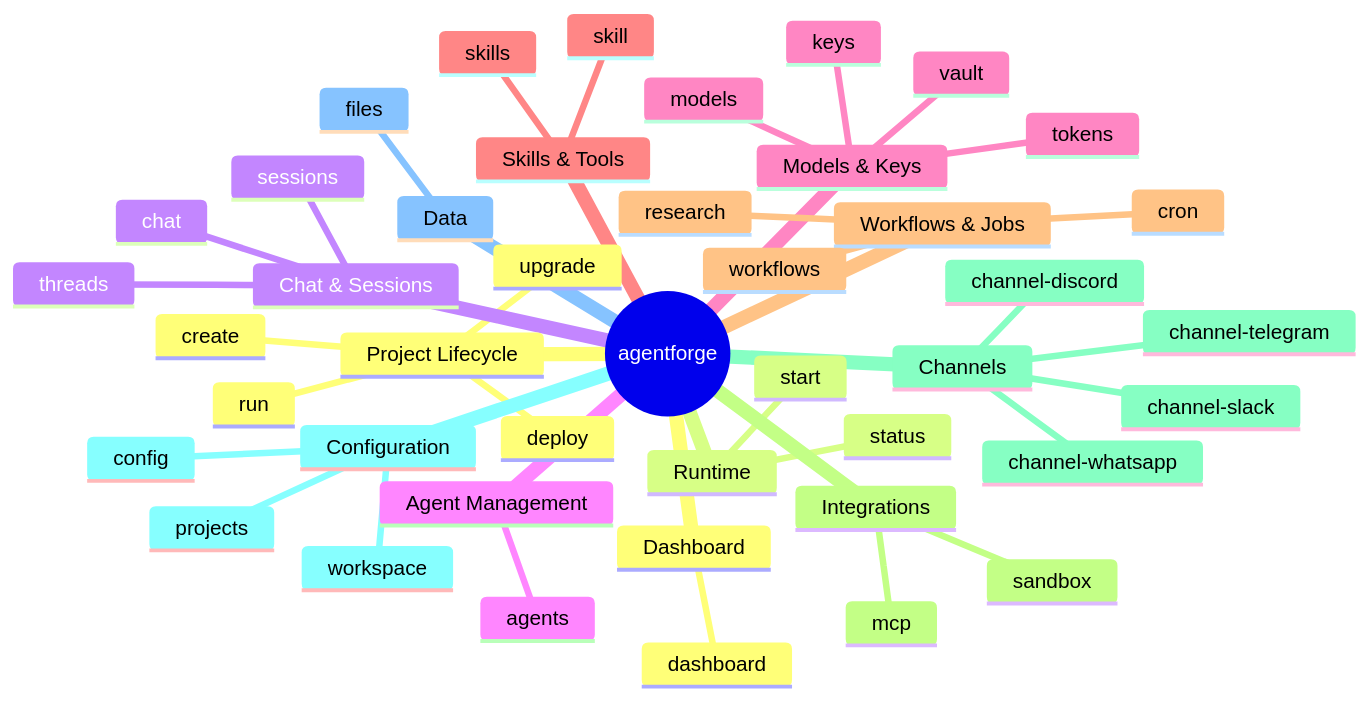
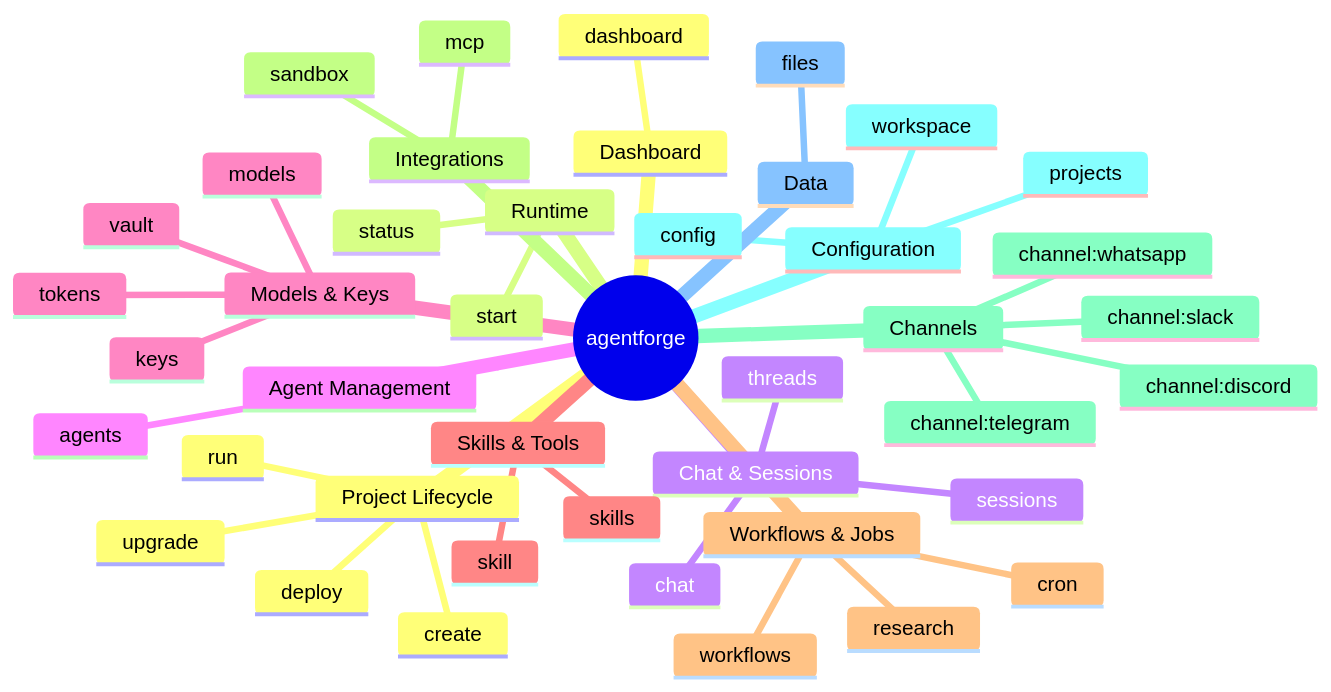
The sixth of 9 diagrams in docs/architecture/architecture-diagrams.md (Agentic-Engineering-Agency/agentforge), drawn with Mermaid before and after one commit. The commit also changed 3 other files, not shown here.

````diff
--- a/docs/architecture/architecture-diagrams.md
+++ b/docs/architecture/architecture-diagrams.md
@@ -468,46 +468,46 @@
 ```mermaid
 mindmap
   root((agentforge))
     Project Lifecycle
       create
       run
       upgrade
       deploy
     Runtime
       start
       status
     Chat & Sessions
       chat
       sessions
       threads
     Agent Management
       agents
     Models & Keys
       models
       keys
       tokens
       vault
     Skills & Tools
       skills
       skill
     Workflows & Jobs
       workflows
       cron
       research
     Integrations
       mcp
       sandbox
     Channels
-      channel-telegram
-      channel-whatsapp
-      channel-slack
-      channel-discord
+      channel:telegram
+      channel:whatsapp
+      channel:slack
+      channel:discord
     Configuration
       config
       workspace
       projects
     Data
       files
     Dashboard
       dashboard
 ```
````
